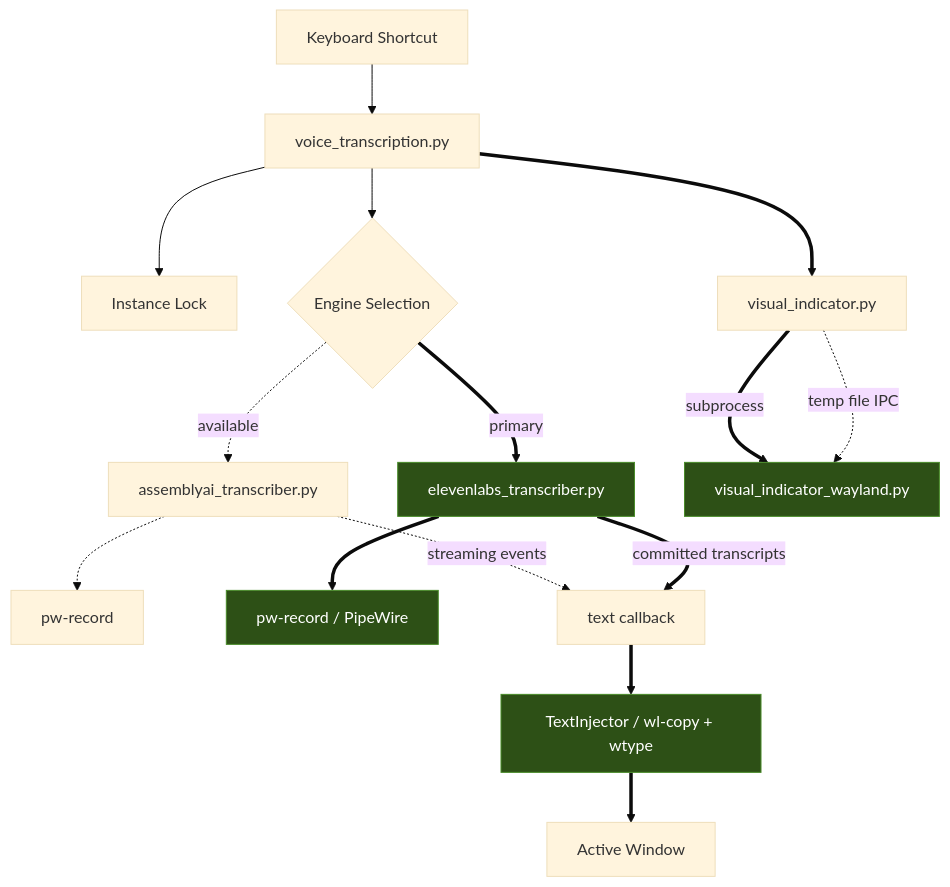
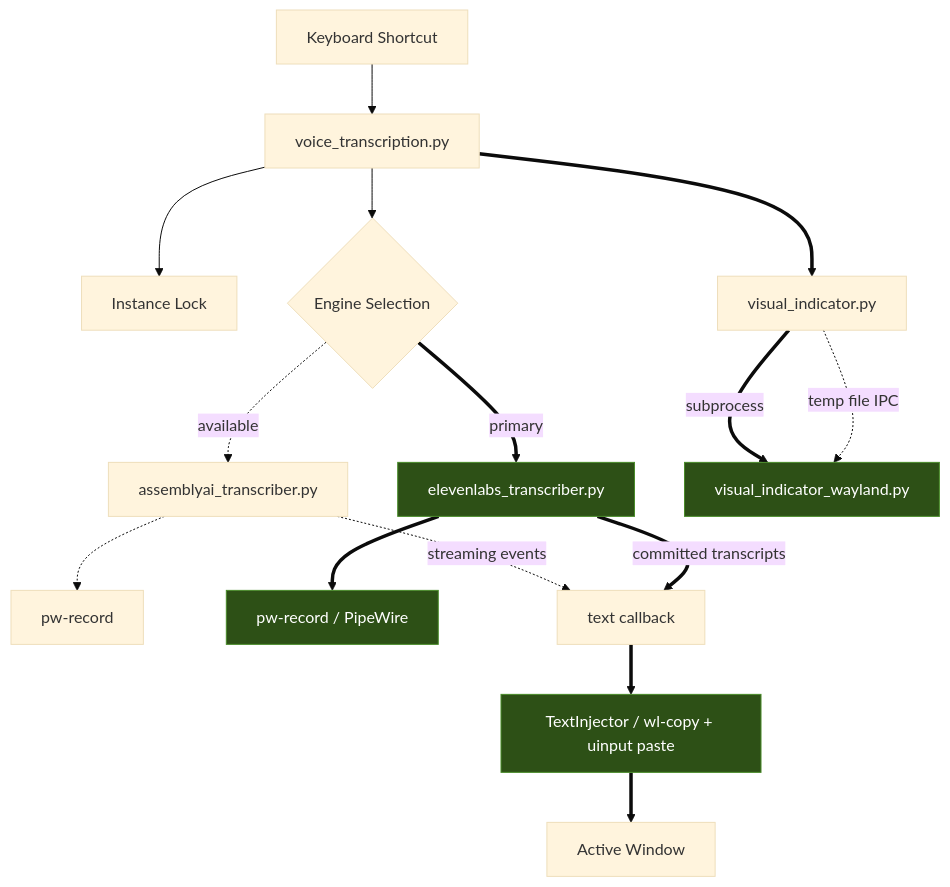
One commit to lttr/realtime-transcript-linux changed the first of 5 diagrams in ARCHITECTURE.md. Above: the diagram before and after it, drawn with Mermaid (base theme). The commit also changed other lines of this file and 4 other files, not shown here.

First line of the commit message:
fix: paste via uinput keyboard on Wayland instead of wtype

````diff
--- a/ARCHITECTURE.md
+++ b/ARCHITECTURE.md
@@ -9,25 +9,25 @@
 ```mermaid
 graph TD
     KS[Keyboard Shortcut] --> VT[voice_transcription.py]
     VT --> LOCK[Instance Lock]
     VT --> ENGINE{Engine Selection}
     ENGINE -.->|available| AAI[assemblyai_transcriber.py]
     ENGINE ==>|primary| EL[elevenlabs_transcriber.py]
 
     AAI -.-> MIC1[pw-record]
     EL ==> MIC2[pw-record / PipeWire]
 
     AAI -.->|streaming events| CB[text callback]
     EL ==>|committed transcripts| CB
-    CB ==> TI[TextInjector / wl-copy + wtype]
+    CB ==> TI[TextInjector / wl-copy + uinput paste]
     TI ==> WIN[Active Window]
 
     VT ==> VI[visual_indicator.py]
     VI ==>|subprocess| GTK[visual_indicator_wayland.py]
     VI -.->|temp file IPC| GTK
 
     style EL fill:#2d5016,stroke:#4a8c2a,color:#fff
     style MIC2 fill:#2d5016,stroke:#4a8c2a,color:#fff
     style TI fill:#2d5016,stroke:#4a8c2a,color:#fff
     style GTK fill:#2d5016,stroke:#4a8c2a,color:#fff
 ```
````
